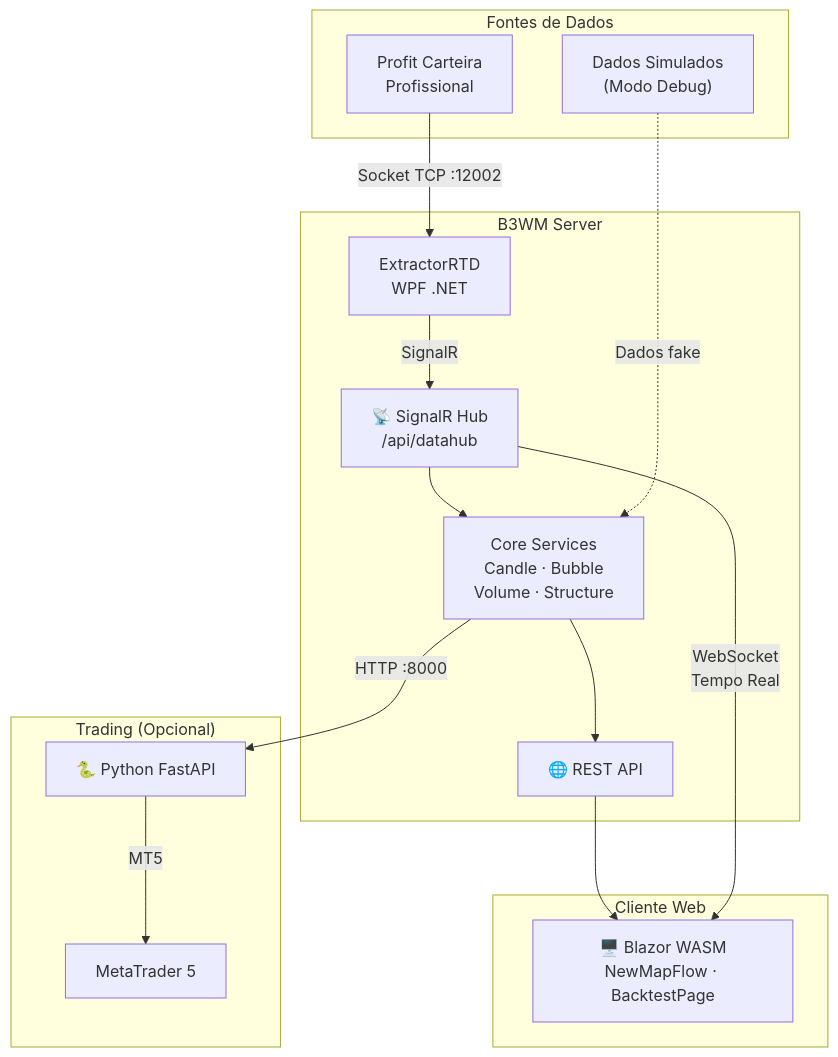
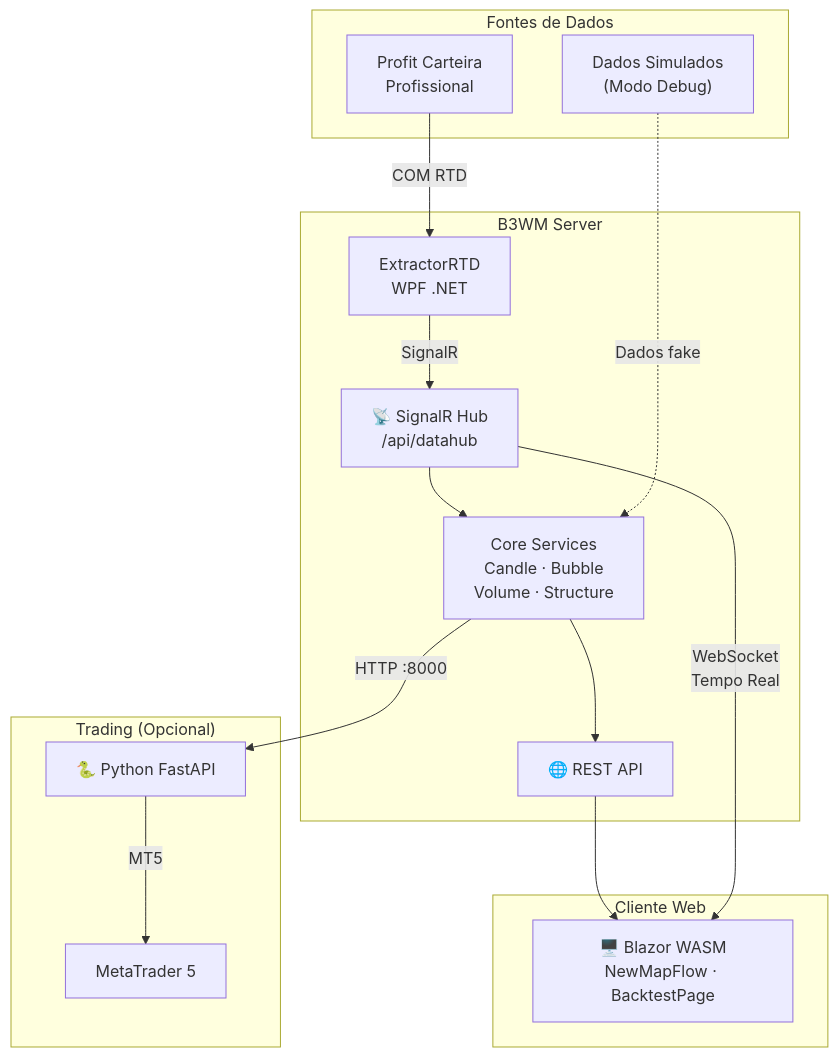
Before and after one commit to WebMat-SA/B3WM: the second of 2 diagrams in README.md, drawn with Mermaid. The commit also changed other lines of this file, not shown here.

Commit message:
docs: fix data collection description — Profit COM RTD, not Socket TCP

````diff
--- a/README.md
+++ b/README.md
@@ -125,26 +125,26 @@
 ```mermaid
 graph TD
     subgraph FONTES["Fontes de Dados"]
         PROFIT["Profit Carteira<br/>Profissional"]
         SIMULADO["Dados Simulados<br/>(Modo Debug)"]
     end
 
     subgraph SERVER["B3WM Server"]
         EXTRACT["ExtractorRTD<br/>WPF .NET"] -->|SignalR| HUB["📡 SignalR Hub<br/>/api/datahub"]
         HUB --> CORE["Core Services<br/>Candle · Bubble<br/>Volume · Structure"]
         CORE --> REST["🌐 REST API"]
     end
 
     subgraph CLIENTE["Cliente Web"]
         REST --> WASM["🖥️ Blazor WASM<br/>NewMapFlow · BacktestPage"]
         HUB -->|WebSocket<br/>Tempo Real| WASM
     end
 
     subgraph TRADING["Trading (Opcional)"]
         PY["🐍 Python FastAPI"] -->|MT5| MT5["MetaTrader 5"]
         CORE -->|HTTP :8000| PY
     end
 
-    PROFIT -->|Socket TCP :12002| EXTRACT
+    PROFIT -->|COM RTD| EXTRACT
     SIMULADO -.->|Dados fake| CORE
 ```
````
